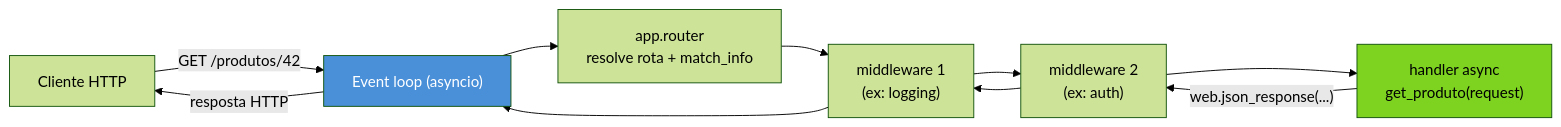
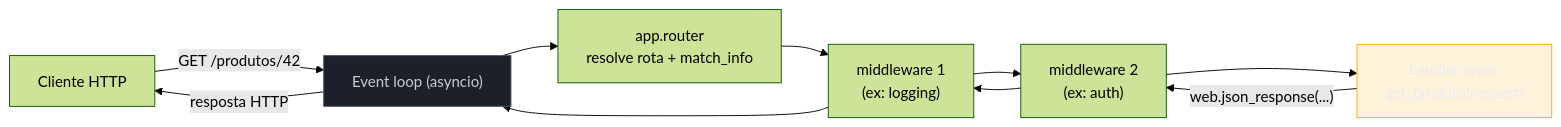
Before and after one commit to josenaldo/codex-technomanticus: the first of 3 diagrams in 03-Dominios/Tecnologia/Python/Programação Reativa e Assíncrona/04 - aiohttp servidor — web.Application, routing e middlewares.md, drawn with Mermaid (forest theme). The commit also changed other lines of this file and 1181 other files, not shown here.

First line of the commit message:
fix(diagramas): paleta do sistema no lugar de cor cravada no markdown

````diff
--- a/03-Dominios/Tecnologia/Python/Programação Reativa e Assíncrona/04 - aiohttp servidor — web.Application, routing e middlewares.md
+++ b/03-Dominios/Tecnologia/Python/Programação Reativa e Assíncrona/04 - aiohttp servidor — web.Application, routing e middlewares.md
@@ -88,15 +88,17 @@
 ```mermaid
 flowchart LR
+    classDef destaque fill:#FFAA0024,stroke:#FFAA00,color:#E9ECF2
+    classDef neutro fill:#1B2029,stroke:#4E5666,color:#C6CCD8
     Cliente["Cliente HTTP"] -->|"GET /produtos/42"| Loop["Event loop (asyncio)"]
     Loop --> Router["app.router<br/>resolve rota + match_info"]
     Router --> MW1["middleware 1<br/>(ex: logging)"]
     MW1 --> MW2["middleware 2<br/>(ex: auth)"]
     MW2 --> Handler["handler async<br/>get_produto(request)"]
     Handler -->|"web.json_response(...)"| MW2
     MW2 --> MW1
     MW1 --> Loop
     Loop -->|"resposta HTTP"| Cliente
 
-    style Handler fill:#7ED321,color:#000
-    style Loop fill:#4A90D9,color:#fff
+    class Handler destaque
+    class Loop neutro
 ```
````
